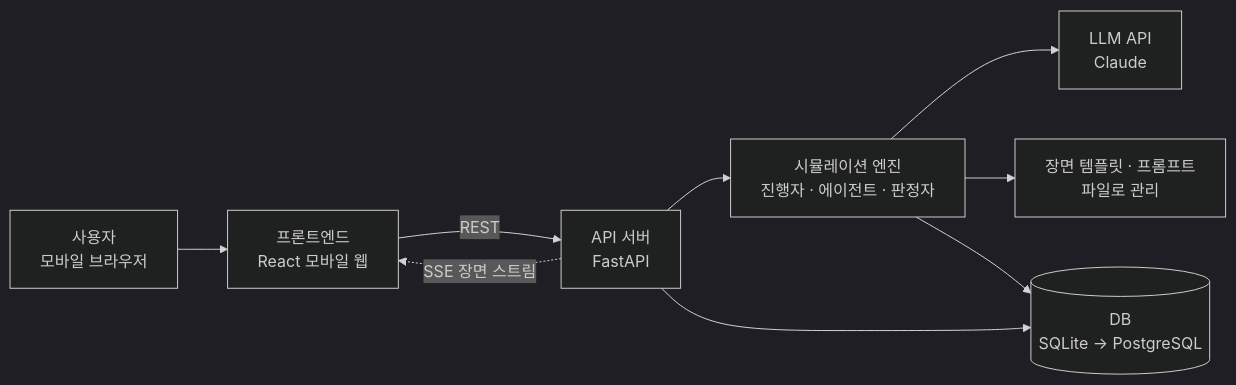
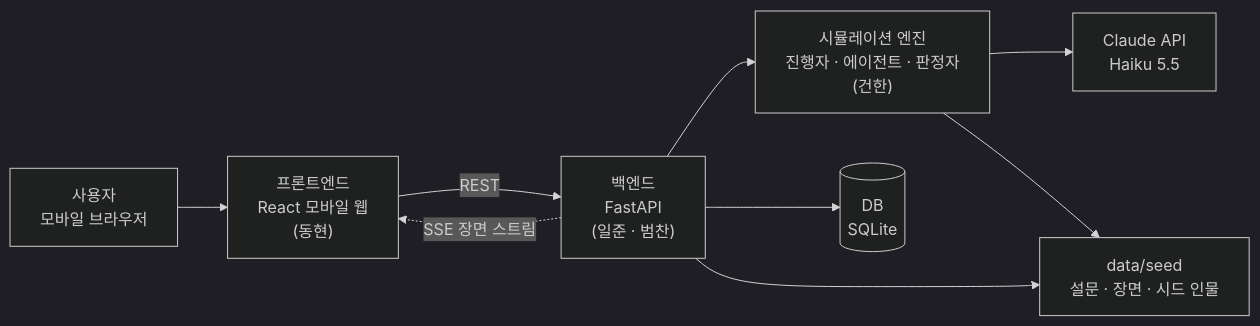
One commit to gokimkh123/SW_Design_Development changed the third of 5 diagrams in docs/PRD.md. Above: the diagram before and after it, drawn with Mermaid (dark theme). The commit also changed other lines of this file and 16 other files, not shown here.

````diff
--- a/docs/PRD.md
+++ b/docs/PRD.md
@@ -427,11 +449,11 @@
 ```mermaid
 flowchart LR
-    U["사용자<br/>모바일 브라우저"] --> FE["프론트엔드<br/>React 모바일 웹"]
-    FE -->|"REST"| API["API 서버<br/>FastAPI"]
+    U["사용자<br/>모바일 브라우저"] --> FE["프론트엔드<br/>React 모바일 웹<br/>(동현)"]
+    FE -->|"REST"| API["백엔드<br/>FastAPI<br/>(일준 · 범찬)"]
     API -.->|"SSE 장면 스트림"| FE
-    API --> ENG["시뮬레이션 엔진<br/>진행자 · 에이전트 · 판정자"]
-    ENG --> LLM["LLM API<br/>Claude"]
-    API --> DB[("DB<br/>SQLite → PostgreSQL")]
-    ENG --> TPL["장면 템플릿 · 프롬프트<br/>파일로 관리"]
-    ENG --> DB
+    API --> ENG["시뮬레이션 엔진<br/>진행자 · 에이전트 · 판정자<br/>(건한)"]
+    ENG --> LLM["Claude API<br/>Haiku 5.5"]
+    API --> DB[("DB<br/>SQLite")]
+    ENG --> SEED["data/seed<br/>설문 · 장면 · 시드 인물"]
+    API --> SEED
 ```
````
